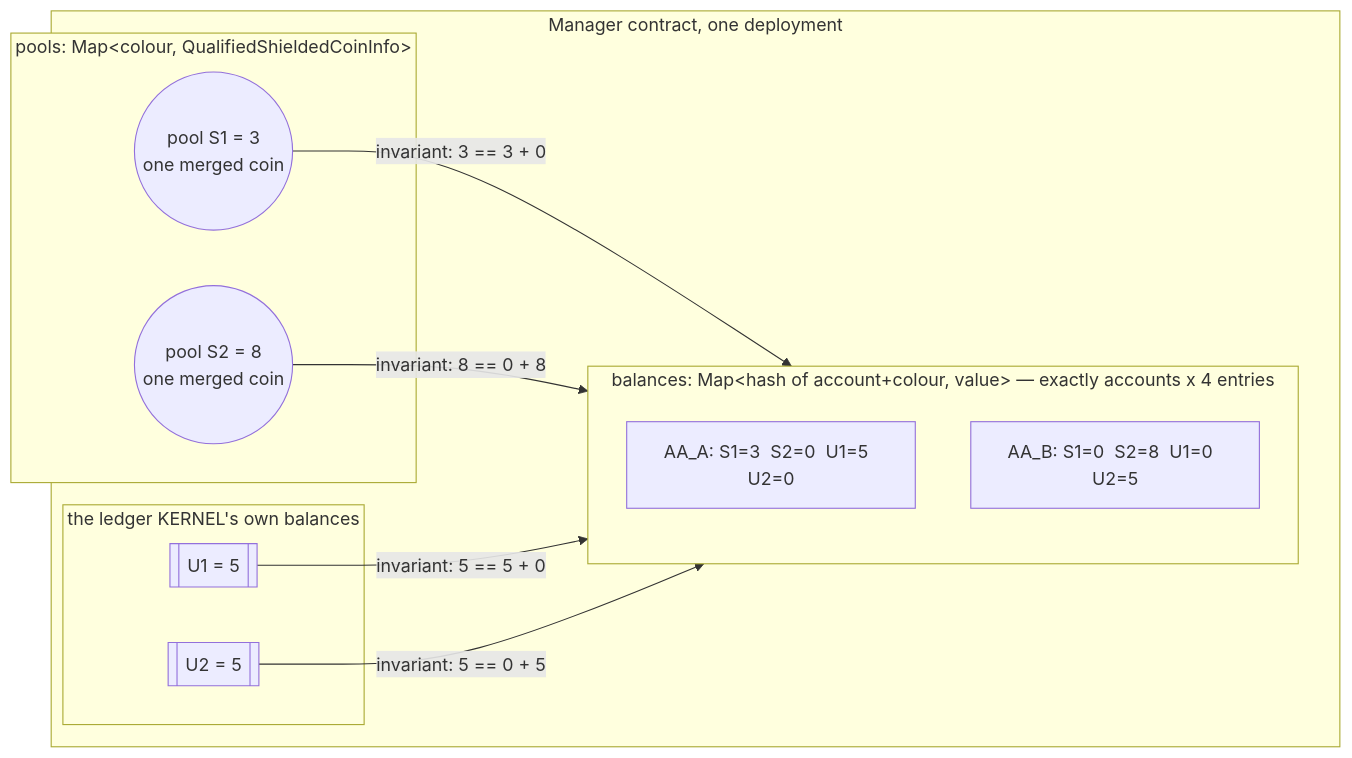
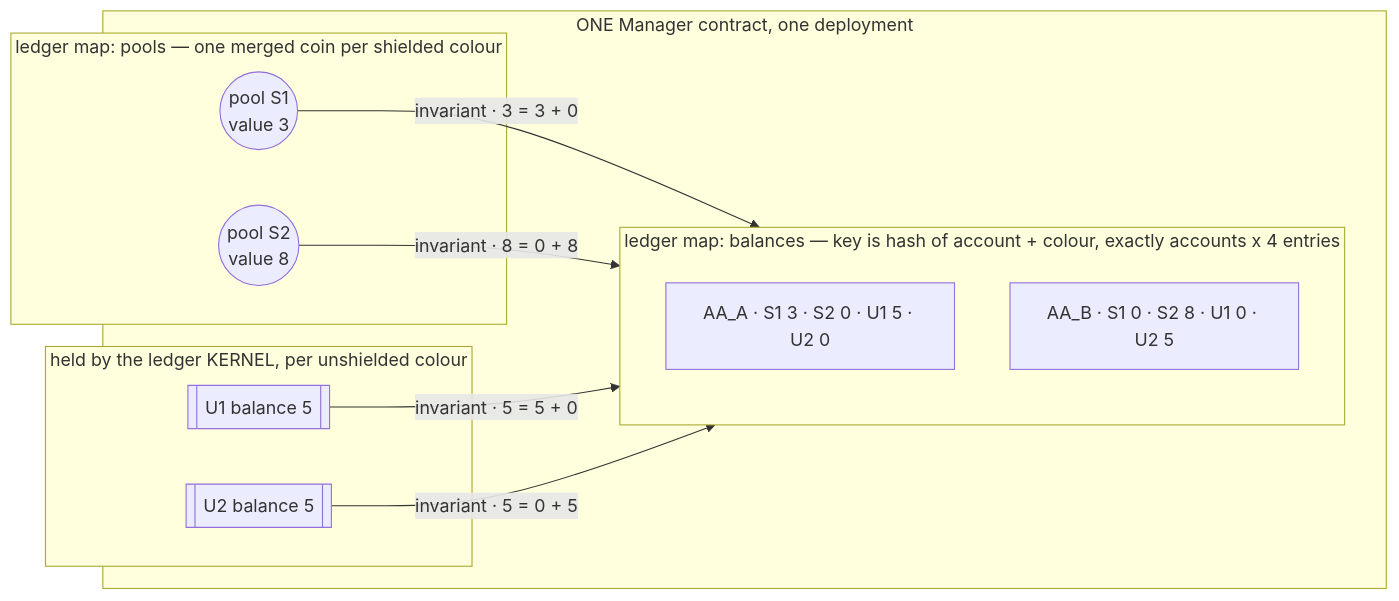
One commit to acedward/AA-midnight-evm-experiment-v3 changed the second of 3 diagrams in README.md. Above: the diagram before and after it, drawn with Mermaid. The commit also changed other lines of this file and 7 other files, not shown here.

Commit message:
00004 Plan 04: safe Mermaid link syntax; do not print a control id twice in the report

````diff
--- a/README.md
+++ b/README.md
@@ -154,22 +154,22 @@
 ```mermaid
 flowchart TB
-    subgraph mgr["Manager contract, one deployment"]
-        subgraph shielded["pools: Map&lt;colour, QualifiedShieldedCoinInfo&gt;"]
-            P1(("pool S1 = 3<br/>one merged coin"))
-            P2(("pool S2 = 8<br/>one merged coin"))
+    subgraph mgr["ONE Manager contract, one deployment"]
+        subgraph shielded["ledger map: pools — one merged coin per shielded colour"]
+            P1(("pool S1<br/>value 3"))
+            P2(("pool S2<br/>value 8"))
         end
-        subgraph unshielded["the ledger KERNEL's own balances"]
-            K1[["U1 = 5"]]
-            K2[["U2 = 5"]]
+        subgraph unshielded["held by the ledger KERNEL, per unshielded colour"]
+            K1[["U1 balance 5"]]
+            K2[["U2 balance 5"]]
         end
-        subgraph bal["balances: Map&lt;hash of account+colour, value&gt; — exactly accounts x 4 entries"]
-            R1["AA_A: S1=3  S2=0  U1=5  U2=0"]
-            R2["AA_B: S1=0  S2=8  U1=0  U2=5"]
+        subgraph bal["ledger map: balances — key is hash of account + colour, exactly accounts x 4 entries"]
+            R1["AA_A · S1 3 · S2 0 · U1 5 · U2 0"]
+            R2["AA_B · S1 0 · S2 8 · U1 0 · U2 5"]
         end
     end
 
-    P1 -- "invariant: 3 == 3 + 0" --> bal
-    P2 -- "invariant: 8 == 0 + 8" --> bal
-    K1 -- "invariant: 5 == 5 + 0" --> bal
-    K2 -- "invariant: 5 == 0 + 5" --> bal
+    P1 -- "invariant · 3 = 3 + 0" --> bal
+    P2 -- "invariant · 8 = 0 + 8" --> bal
+    K1 -- "invariant · 5 = 5 + 0" --> bal
+    K2 -- "invariant · 5 = 0 + 5" --> bal
 ```
````
